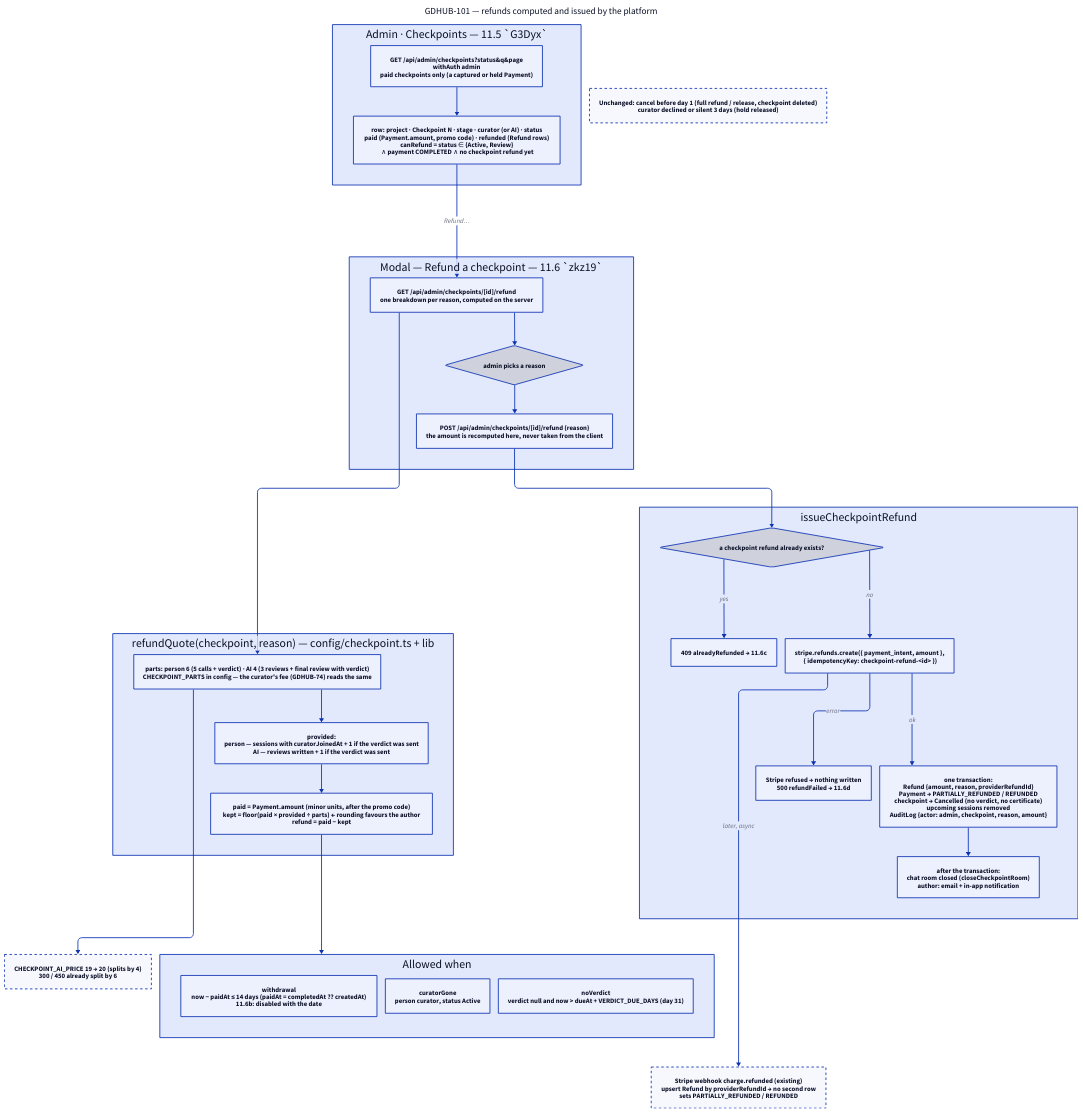
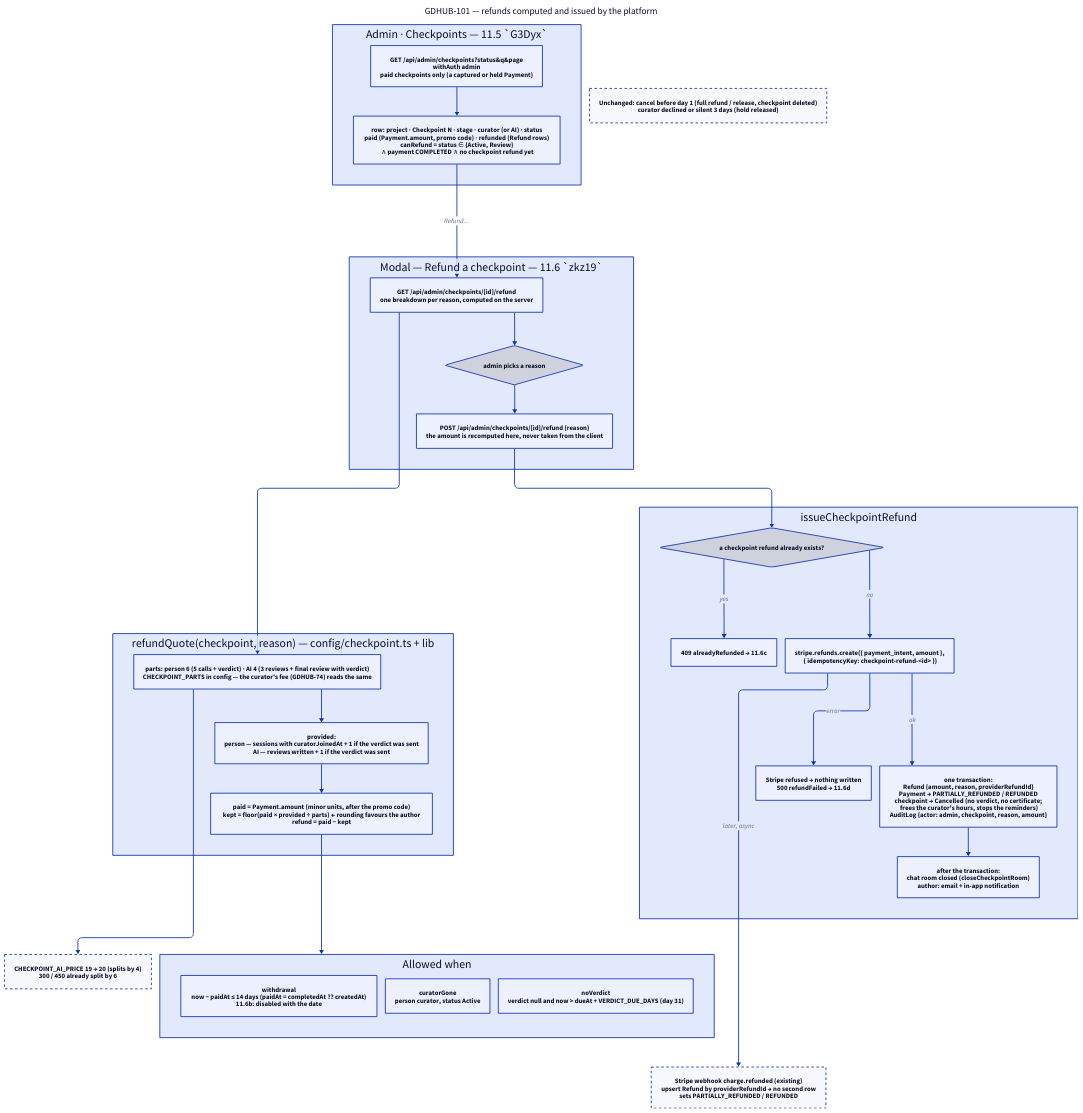
Before and after one commit to gdhub-io/gdhub: the diagram in docs/checkpoints-refunds-flow.d2, drawn with D2. The commit also changed 23 other files, not shown here.

Commit message:
feat(checkpoints): GDHUB-101 refunds worked out by the platform and confirmed by an admin; AI curator at $20

```diff
--- a/docs/checkpoints-refunds-flow.d2
+++ b/docs/checkpoints-refunds-flow.d2
@@ -1,65 +1,65 @@
 vars: {
   d2-config: {
     layout-engine: elk
   }
 }
 
 direction: down
 
 title: "GDHUB-101 — refunds computed and issued by the platform" {
   shape: text
   near: top-center
   style.font-size: 22
 }
 
 list: "Admin · Checkpoints — 11.5 `G3Dyx`" {
   get: "GET /api/admin/checkpoints?status&q&page\nwithAuth admin\npaid checkpoints only (a captured or held Payment)"
   row: "row: project · Checkpoint N · stage · curator (or AI) · status\npaid (Payment.amount, promo code) · refunded (Refund rows)\ncanRefund = status ∈ {Active, Review}\n  ∧ payment COMPLETED ∧ no checkpoint refund yet"
   get -> row
 }
 
 modal: "Modal — Refund a checkpoint — 11.6 `zkz19`" {
   quote: "GET /api/admin/checkpoints/[id]/refund\none breakdown per reason, computed on the server"
   pick: "admin picks a reason" {shape: diamond}
   confirm: "POST /api/admin/checkpoints/[id]/refund {reason}\nthe amount is recomputed here, never taken from the client"
   quote -> pick -> confirm
 }
 list.row -> modal.quote: "Refund…"
 
 calc: "refundQuote(checkpoint, reason) — config/checkpoint.ts + lib" {
   parts: "parts: person 6 (5 calls + verdict) · AI 4 (3 reviews + final review with verdict)\nCHECKPOINT_PARTS in config — the curator's fee (GDHUB-74) reads the same"
   provided: "provided:\nperson — sessions with curatorJoinedAt + 1 if the verdict was sent\nAI — reviews written + 1 if the verdict was sent"
   amount: "paid = Payment.amount (minor units, after the promo code)\nkept = floor(paid × provided ÷ parts)   ← rounding favours the author\nrefund = paid − kept"
   parts -> provided -> amount
 }
 modal.quote -> calc.parts
 
 reasons: "Allowed when" {
   w: "withdrawal\nnow − paidAt ≤ 14 days (paidAt = completedAt ?? createdAt)\n11.6b: disabled with the date"
   c: "curatorGone\nperson curator, status Active"
   v: "noVerdict\nverdict null and now > dueAt + VERDICT_DUE_DAYS (day 31)"
 }
 calc.amount -> reasons
 
 send: "issueCheckpointRefund" {
   once: "a checkpoint refund already exists?" {shape: diamond}
   done: "409 alreadyRefunded → 11.6c"
   stripe: "stripe.refunds.create({ payment_intent, amount },\n  { idempotencyKey: checkpoint-refund-<id> })"
   fail: "Stripe refused → nothing written\n500 refundFailed → 11.6d"
-  write: "one transaction:\nRefund {amount, reason, providerRefundId}\nPayment → PARTIALLY_REFUNDED / REFUNDED\ncheckpoint → Cancelled (no verdict, no certificate)\nupcoming sessions removed\nAuditLog {actor: admin, checkpoint, reason, amount}"
+  write: "one transaction:\nRefund {amount, reason, providerRefundId}\nPayment → PARTIALLY_REFUNDED / REFUNDED\ncheckpoint → Cancelled (no verdict, no certificate;\n  frees the curator's hours, stops the reminders)\nAuditLog {actor: admin, checkpoint, reason, amount}"
   after: "after the transaction:\nchat room closed (closeCheckpointRoom)\nauthor: email + in-app notification"
   once -> done: yes
   once -> stripe: no
   stripe -> fail: error
   stripe -> write: ok
   write -> after
 }
 modal.confirm -> send.once
 
 hook: "Stripe webhook charge.refunded (existing)\nupsert Refund by providerRefundId → no second row\nsets PARTIALLY_REFUNDED / REFUNDED" {style.stroke-dash: 3}
 send.stripe -> hook: "later, async"
 
 price: "CHECKPOINT_AI_PRICE 19 → 20 (splits by 4)\n300 / 450 already split by 6" {style.stroke-dash: 3}
 calc.parts -> price
 
 untouched: "Unchanged: cancel before day 1 (full refund / release, checkpoint deleted)\ncurator declined or silent 3 days (hold released)" {style.stroke-dash: 3}
```
